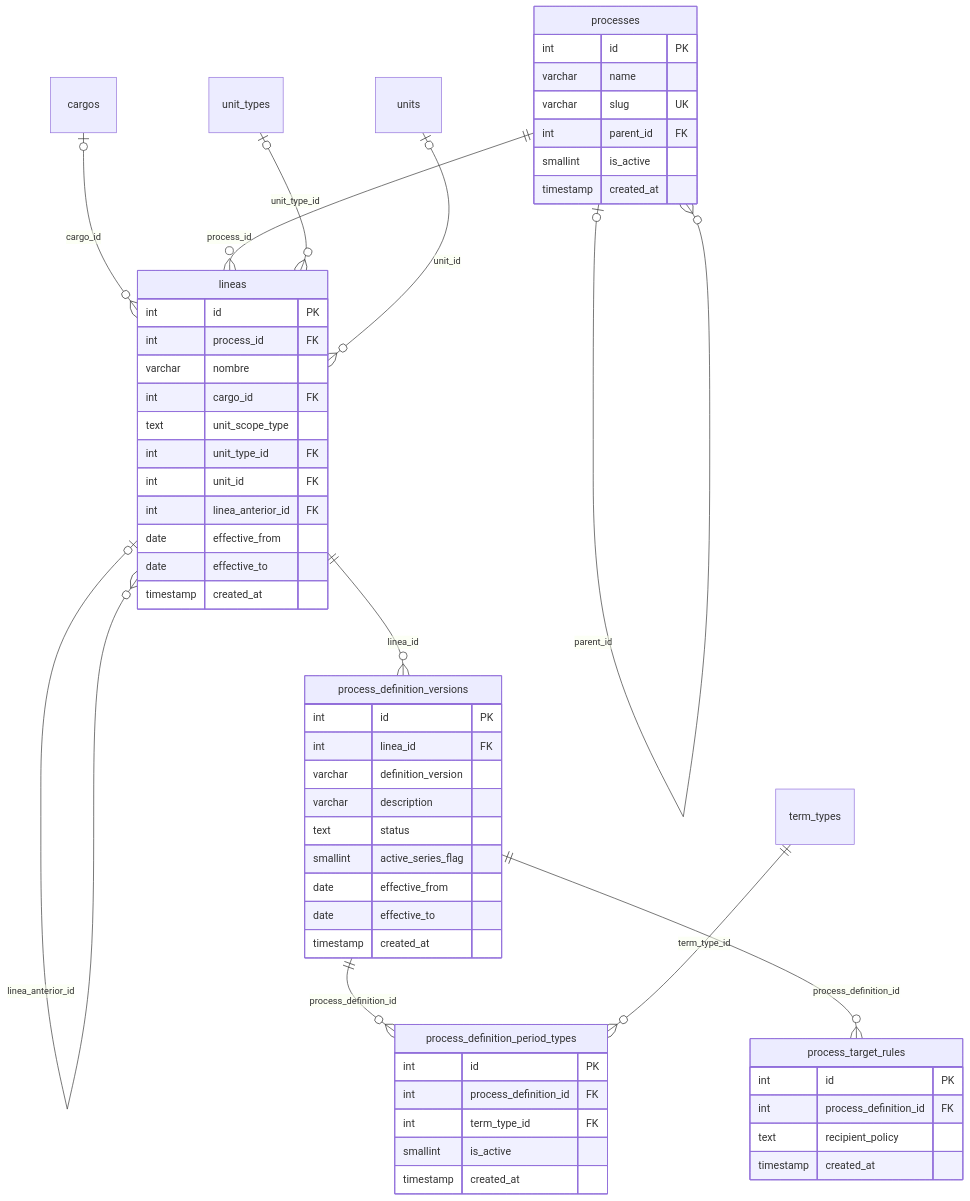
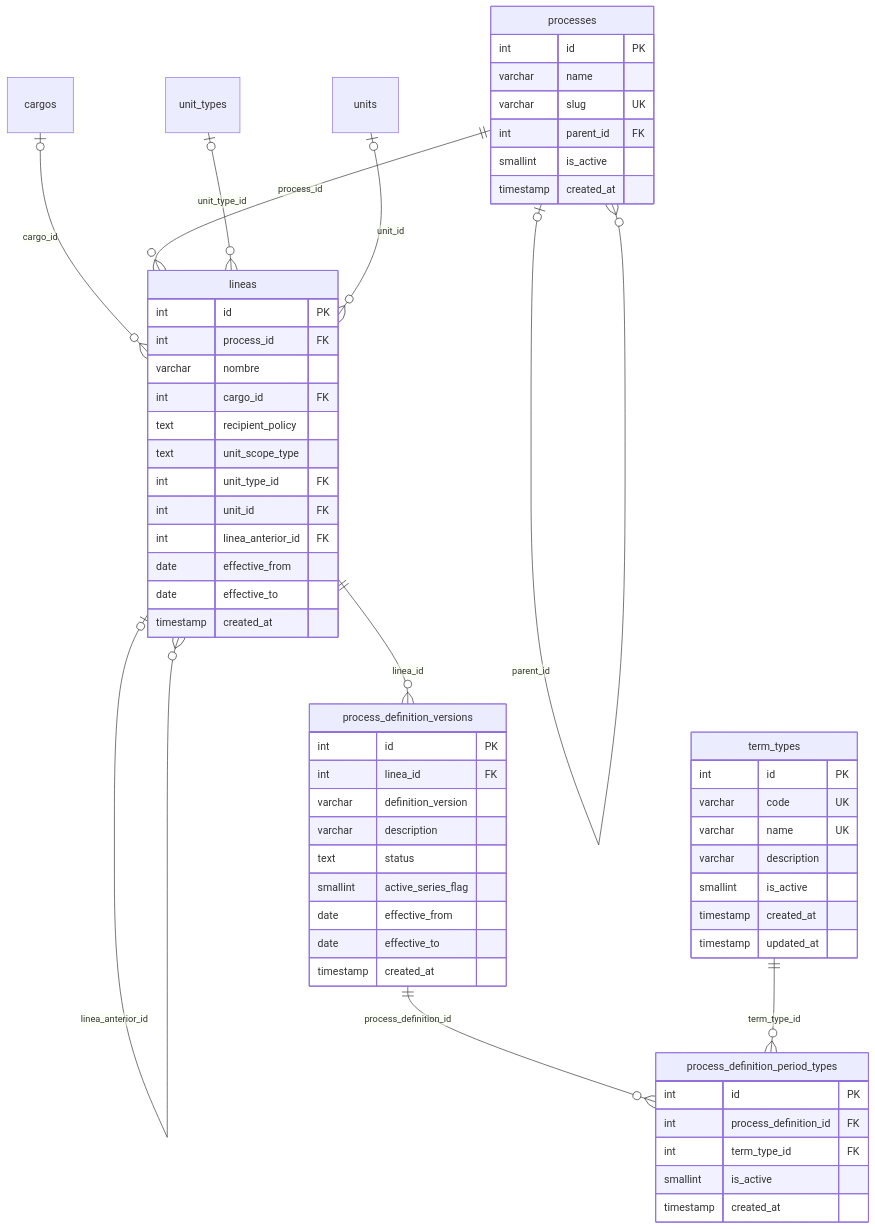
The second of 9 diagrams in docs/src/content/docs/modelo/mapa-con-campos.md (fresvel/deasy), drawn with Mermaid before and after one commit. The commit also changed other lines of this file and 56 other files, not shown here.

````diff
--- a/docs/src/content/docs/modelo/mapa-con-campos.md
+++ b/docs/src/content/docs/modelo/mapa-con-campos.md
@@ -144,59 +144,62 @@
 ```mermaid
 erDiagram
   %% generado por scripts/docs/gen-mapa-campos.mjs: no se edita a mano
   processes {
     int id PK
     varchar name
     varchar slug UK
     int parent_id FK
     smallint is_active
     timestamp created_at
   }
   process_definition_versions {
     int id PK
     int linea_id FK
     varchar definition_version
     varchar description
     text status
     smallint active_series_flag
     date effective_from
     date effective_to
     timestamp created_at
   }
   lineas {
     int id PK
     int process_id FK
     varchar nombre
     int cargo_id FK
+    text recipient_policy
     text unit_scope_type
     int unit_type_id FK
     int unit_id FK
     int linea_anterior_id FK
     date effective_from
     date effective_to
-    timestamp created_at
-  }
-  process_target_rules {
-    int id PK
-    int process_definition_id FK
-    text recipient_policy
     timestamp created_at
   }
   process_definition_period_types {
     int id PK
     int process_definition_id FK
     int term_type_id FK
     smallint is_active
     timestamp created_at
   }
+  term_types {
+    int id PK
+    varchar code UK
+    varchar name UK
+    varchar description
+    smallint is_active
+    timestamp created_at
+    timestamp updated_at
+  }
   lineas |o--o{ lineas : "linea_anterior_id"
   cargos |o--o{ lineas : "cargo_id"
   processes ||--o{ lineas : "process_id"
   unit_types |o--o{ lineas : "unit_type_id"
   units |o--o{ lineas : "unit_id"
   process_definition_versions ||--o{ process_definition_period_types : "process_definition_id"
   term_types ||--o{ process_definition_period_types : "term_type_id"
   lineas ||--o{ process_definition_versions : "linea_id"
-  process_definition_versions ||--o{ process_target_rules : "process_definition_id"
   processes |o--o{ processes : "parent_id"
 ```
````
